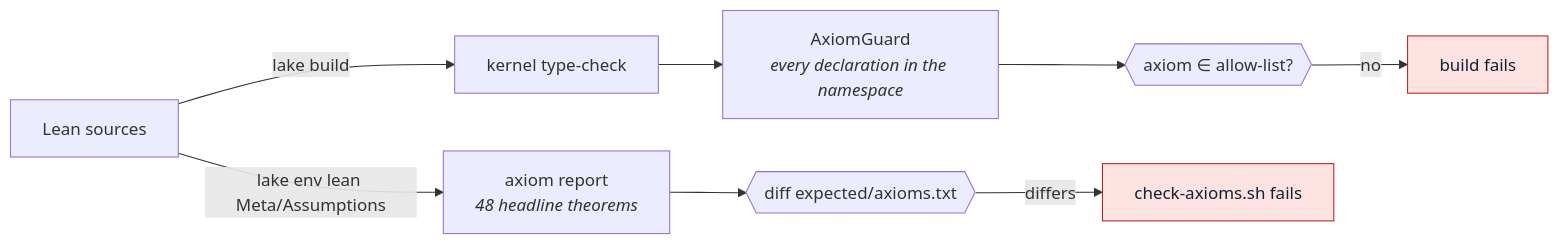
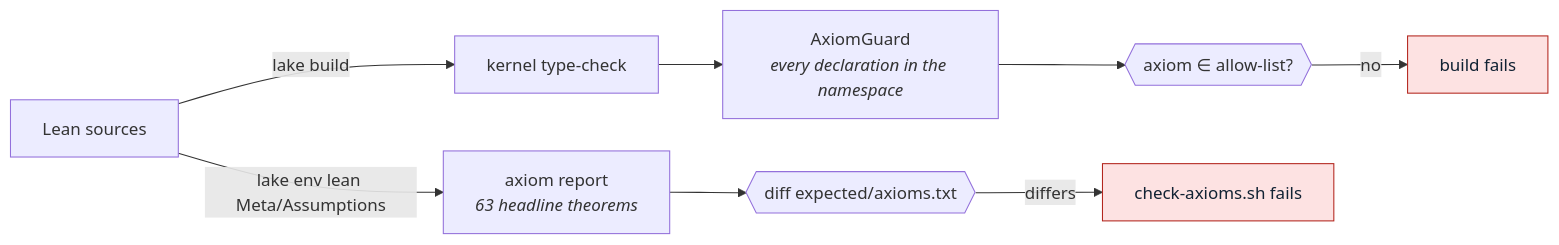
One commit to lelantos-org/circuits changed the second of 3 diagrams in lean/README.md. Above: the diagram before and after it, drawn with Mermaid. The commit also changed other lines of this file and 103 other files, not shown here.

````diff
--- a/lean/README.md
+++ b/lean/README.md
@@ -335,16 +408,16 @@
 ```mermaid
 flowchart LR
     SRC["Lean sources"]
 
     SRC -->|"lake build"| KERNEL["kernel type-check"]
     KERNEL --> GUARD["AxiomGuard<br/><i>every declaration in the namespace</i>"]
     GUARD --> ALLOW{{"axiom ∈ allow-list?"}}
     ALLOW -->|no| FAILB["build fails"]
 
-    SRC -->|"lake env lean Meta/Assumptions"| PRINT["axiom report<br/><i>48 headline theorems</i>"]
+    SRC -->|"lake env lean Meta/Assumptions"| PRINT["axiom report<br/><i>63 headline theorems</i>"]
     PRINT --> DIFF{{"diff expected/axioms.txt"}}
     DIFF -->|differs| FAILA["check-axioms.sh fails"]
 
     classDef fail fill:#fde2e2,stroke:#b3261e,color:#123
     class FAILA,FAILB fail
 ```
````
